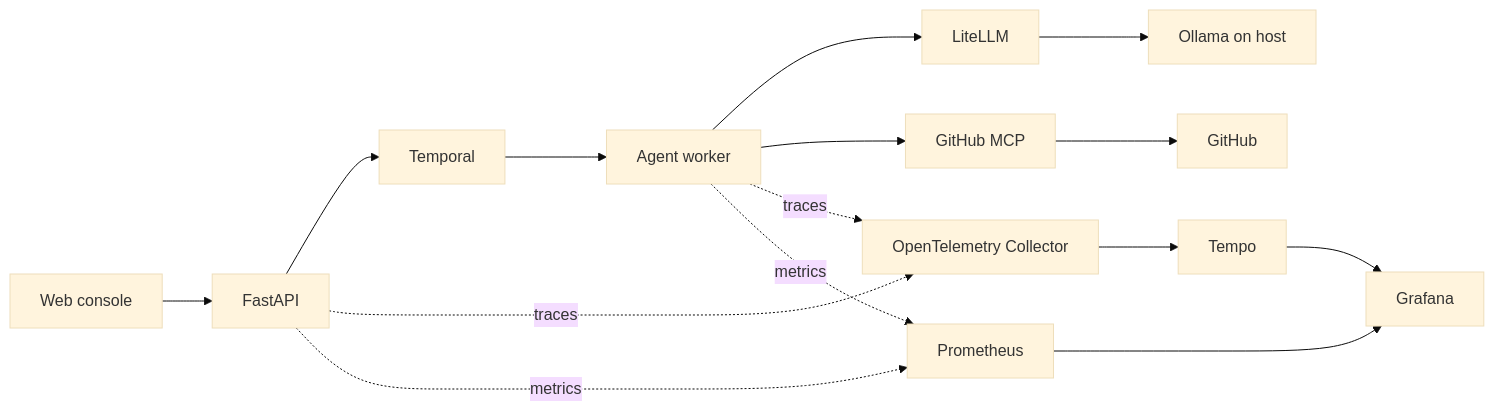
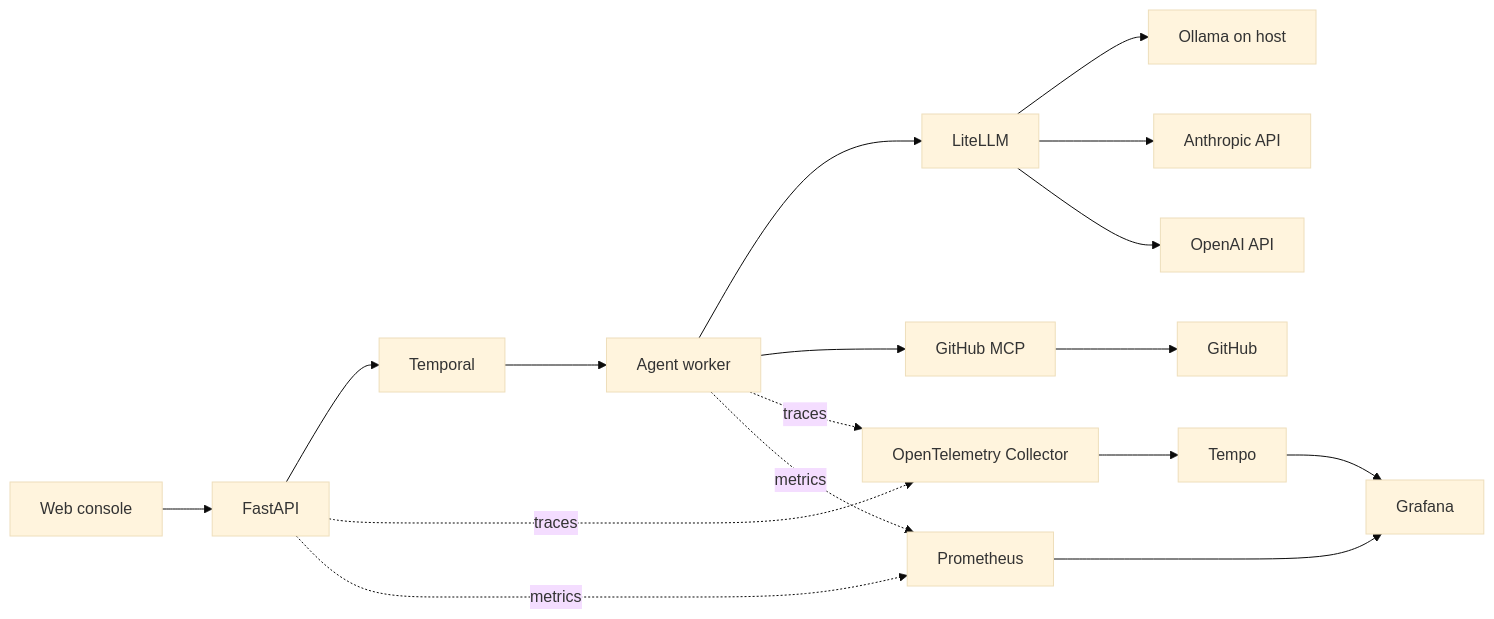
The diagram in README.md (zyan8808/repo_agent), drawn with Mermaid (base theme) before and after one commit. The commit also changed other lines of this file and 10 other files, not shown here.

````diff
--- a/README.md
+++ b/README.md
@@ -25,17 +25,19 @@
 ```mermaid
 flowchart LR
 	 Browser[Web console] --> API[FastAPI]
 	 API --> Temporal[Temporal]
 	 Temporal --> Worker[Agent worker]
 	 Worker --> LiteLLM[LiteLLM]
 	 Worker --> GitHubMCP[GitHub MCP]
 	 GitHubMCP --> GitHub[GitHub]
 	 LiteLLM --> Ollama[Ollama on host]
+	 LiteLLM --> Anthropic[Anthropic API]
+	 LiteLLM --> OpenAI[OpenAI API]
 	 API -. traces .-> OTel[OpenTelemetry Collector]
 	 Worker -. traces .-> OTel
 	 API -. metrics .-> Prometheus
 	 Worker -. metrics .-> Prometheus
 	 OTel --> Tempo
 	 Prometheus --> Grafana
 	 Tempo --> Grafana
 ```
````
